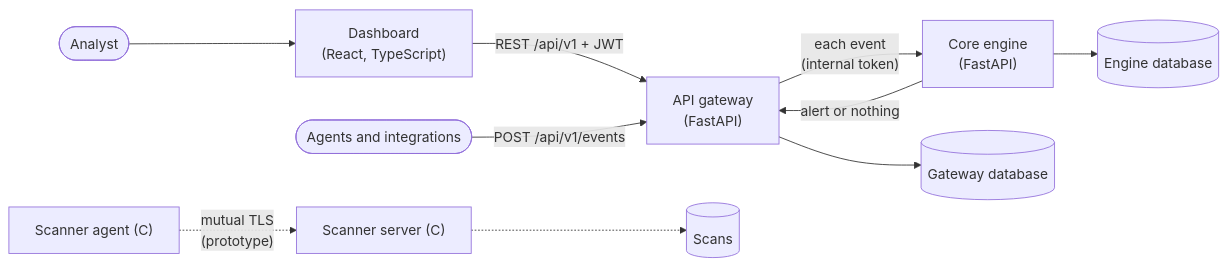
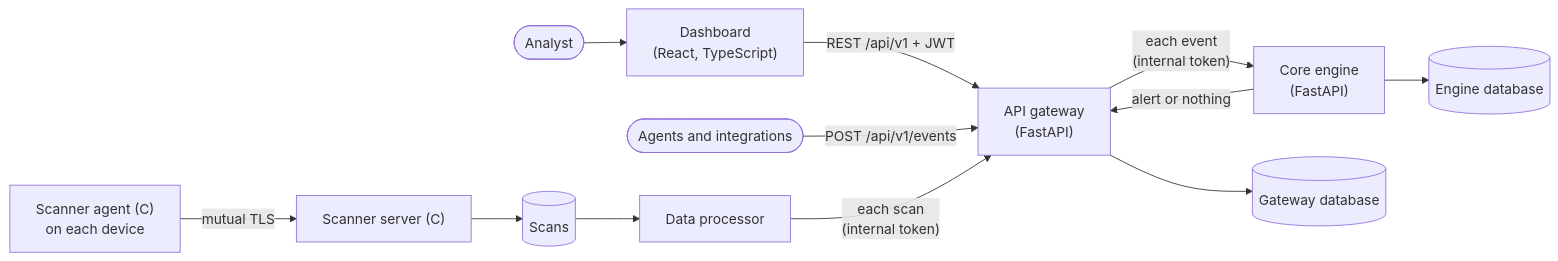
Before and after one commit to Alex-Muhscience/UTDRS-Capstone-Project: the diagram in README.md, drawn with Mermaid. The commit also changed other lines of this file and 30 other files, not shown here.

````diff
--- a/README.md
+++ b/README.md
@@ -26,12 +26,14 @@
 ```mermaid
 flowchart LR
   analyst(["Analyst"]) --> web["Dashboard<br/>(React, TypeScript)"]
   web -- "REST /api/v1 + JWT" --> gateway["API gateway<br/>(FastAPI)"]
   sources(["Agents and integrations"]) -- "POST /api/v1/events" --> gateway
   gateway -- "each event<br/>(internal token)" --> engine["Core engine<br/>(FastAPI)"]
   engine -- "alert or nothing" --> gateway
   gateway --> gdb[("Gateway database")]
   engine --> edb[("Engine database")]
-  agent["Scanner agent (C)"] -. "mutual TLS<br/>(prototype)" .-> scanserver["Scanner server (C)"]
-  scanserver -.-> sdb[("Scans")]
+  agent["Scanner agent (C)<br/>on each device"] -- "mutual TLS" --> scanserver["Scanner server (C)"]
+  scanserver --> sdb[("Scans")]
+  sdb --> processor["Data processor"]
+  processor -- "each scan<br/>(internal token)" --> gateway
 ```
````
